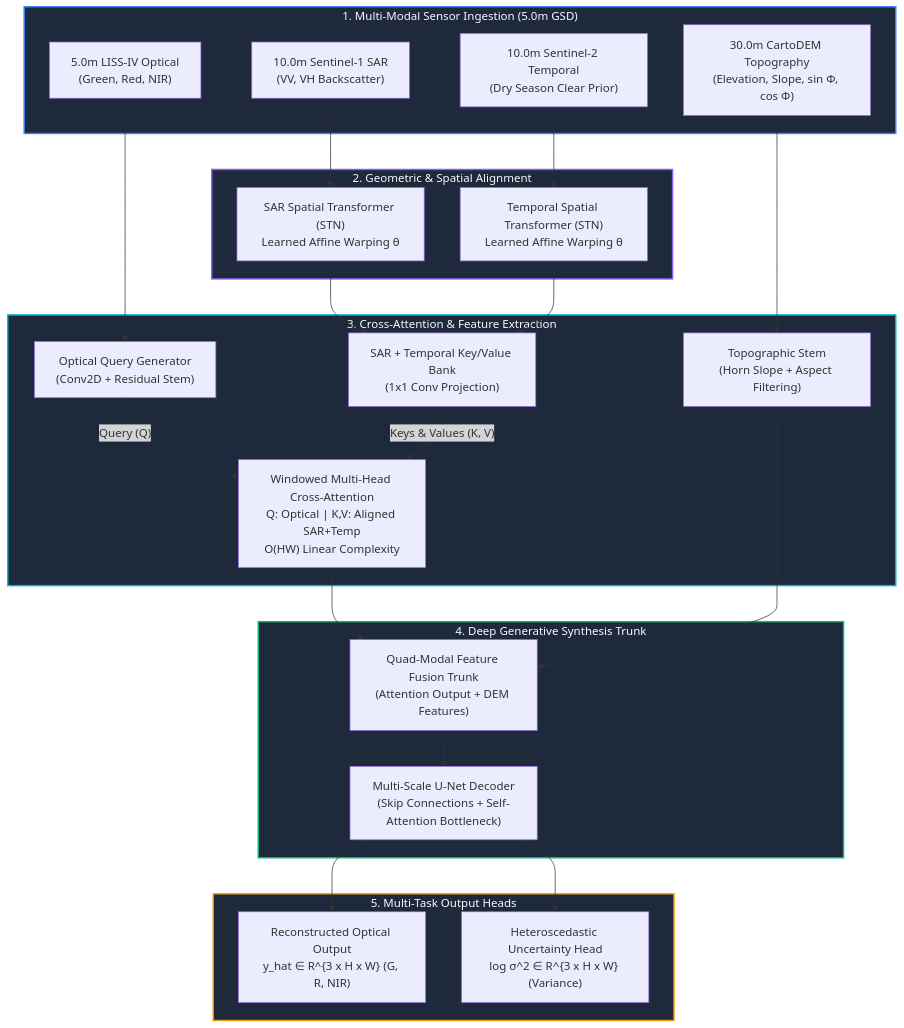
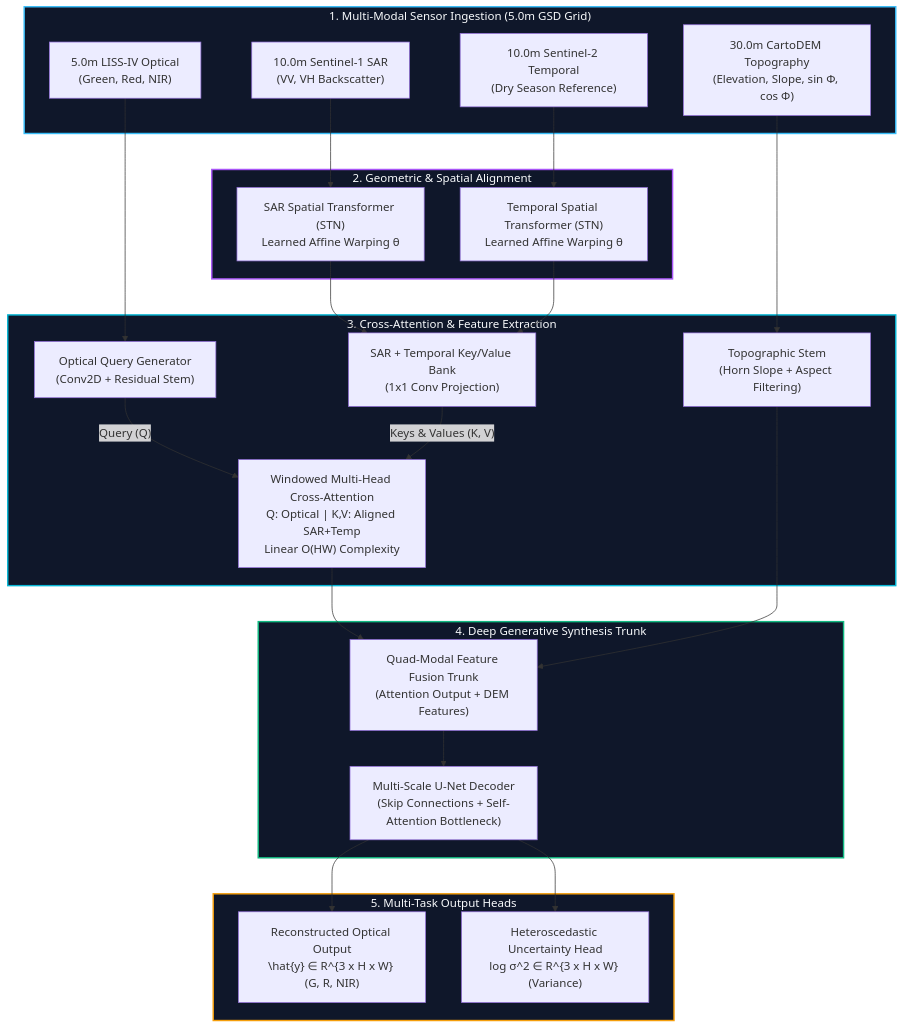
The diagram in README.md (HARSH0177/RelieF-CR), drawn with Mermaid before and after one commit. The commit also changed other lines of this file, not shown here.

Commit message:
docs: complete flagship README overhaul with hero cards, Mermaid diagrams, math formulations, and visual galleries

````diff
--- a/README.md
+++ b/README.md
@@ -31,53 +112,53 @@
 ```mermaid
 graph TD
-    subgraph S1["1. Multi-Modal Sensor Ingestion (5.0m GSD)"]
+    subgraph S1["1. Multi-Modal Sensor Ingestion (5.0m GSD Grid)"]
         OPT["5.0m LISS-IV Optical<br/>(Green, Red, NIR)"]
         SAR["10.0m Sentinel-1 SAR<br/>(VV, VH Backscatter)"]
-        TEMP["10.0m Sentinel-2 Temporal<br/>(Dry Season Clear Prior)"]
+        TEMP["10.0m Sentinel-2 Temporal<br/>(Dry Season Reference)"]
         DEM["30.0m CartoDEM Topography<br/>(Elevation, Slope, sin &Phi;, cos &Phi;)"]
     end
 
     subgraph S2["2. Geometric & Spatial Alignment"]
         STN_SAR["SAR Spatial Transformer (STN)<br/>Learned Affine Warping &theta;"]
         STN_TEMP["Temporal Spatial Transformer (STN)<br/>Learned Affine Warping &theta;"]
     end
 
     subgraph S3["3. Cross-Attention & Feature Extraction"]
         OPT_ENC["Optical Query Generator<br/>(Conv2D + Residual Stem)"]
         AUX_PROJ["SAR + Temporal Key/Value Bank<br/>(1x1 Conv Projection)"]
         DEM_ENC["Topographic Stem<br/>(Horn Slope + Aspect Filtering)"]
-        CROSS_ATTN["Windowed Multi-Head Cross-Attention<br/>Q: Optical | K,V: Aligned SAR+Temp<br/>O(HW) Linear Complexity"]
+        CROSS_ATTN["Windowed Multi-Head Cross-Attention<br/>Q: Optical | K,V: Aligned SAR+Temp<br/>Linear O(HW) Complexity"]
     end
 
     subgraph S4["4. Deep Generative Synthesis Trunk"]
         FUSION["Quad-Modal Feature Fusion Trunk<br/>(Attention Output + DEM Features)"]
         UNET["Multi-Scale U-Net Decoder<br/>(Skip Connections + Self-Attention Bottleneck)"]
     end
 
     subgraph S5["5. Multi-Task Output Heads"]
-        HEAD_MEAN["Reconstructed Optical Output<br/>y_hat &in; R^{3 x H x W} (G, R, NIR)"]
+        HEAD_MEAN["Reconstructed Optical Output<br/>\hat{y} &in; R^{3 x H x W} (G, R, NIR)"]
         HEAD_VAR["Heteroscedastic Uncertainty Head<br/>log &sigma;^2 &in; R^{3 x H x W} (Variance)"]
     end
 
     OPT --> OPT_ENC
     SAR --> STN_SAR
     TEMP --> STN_TEMP
     DEM --> DEM_ENC
 
     OPT_ENC -->|"Query (Q)"| CROSS_ATTN
     STN_SAR --> AUX_PROJ
     STN_TEMP --> AUX_PROJ
     AUX_PROJ -->|"Keys & Values (K, V)"| CROSS_ATTN
 
     CROSS_ATTN --> FUSION
     DEM_ENC --> FUSION
     FUSION --> UNET
     UNET --> HEAD_MEAN
     UNET --> HEAD_VAR
 
-    style S1 fill:#1e293b,stroke:#3b82f6,stroke-width:2px,color:#f8fafc
-    style S2 fill:#1e293b,stroke:#8b5cf6,stroke-width:2px,color:#f8fafc
-    style S3 fill:#1e293b,stroke:#06b6d4,stroke-width:2px,color:#f8fafc
-    style S4 fill:#1e293b,stroke:#10b981,stroke-width:2px,color:#f8fafc
-    style S5 fill:#1e293b,stroke:#f59e0b,stroke-width:2px,color:#f8fafc
+    style S1 fill:#0f172a,stroke:#38bdf8,stroke-width:2px,color:#f8fafc
+    style S2 fill:#0f172a,stroke:#a855f7,stroke-width:2px,color:#f8fafc
+    style S3 fill:#0f172a,stroke:#06b6d4,stroke-width:2px,color:#f8fafc
+    style S4 fill:#0f172a,stroke:#10b981,stroke-width:2px,color:#f8fafc
+    style S5 fill:#0f172a,stroke:#f59e0b,stroke-width:2px,color:#f8fafc
 ```
````
